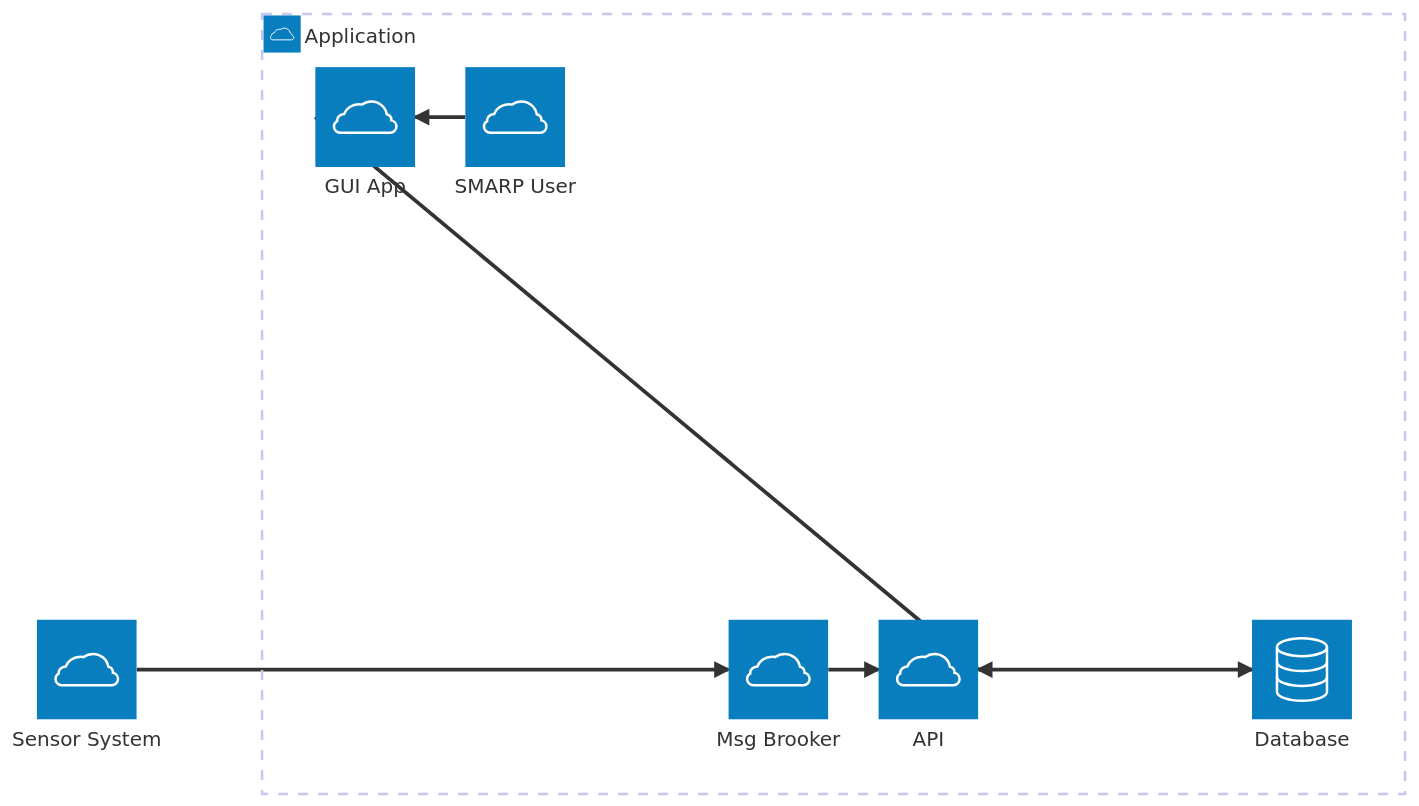
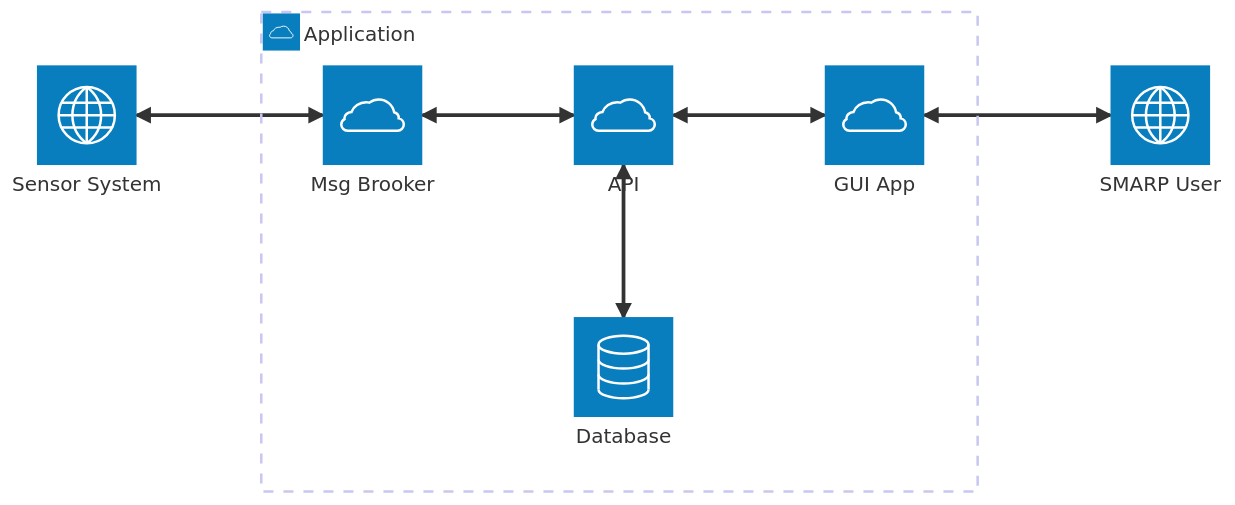
Before and after one commit to teko-smart-parking/smart-parking: the diagram in docs/charts/C4_Level_2_Containers.md, drawn with Mermaid.

````diff
--- a/docs/charts/C4_Level_2_Containers.md
+++ b/docs/charts/C4_Level_2_Containers.md
@@ -4,21 +4,21 @@
 ```mermaid
 architecture-beta
     group application(cloud)[Application]
 
     service db(database)[Database] in application
     service api(cloud)[API] in application
     service gui_app(cloud)[GUI App] in application
     service msg_brooker(cloud)[Msg Brooker] in application
 
-    service smarp_user(cloud)[SMARP User]
+    service smarp_user(internet)[SMARP User]
 
-    service sensor_system(cloud)[Sensor System]
+    service sensor_system(internet)[Sensor System]
 
-    smarp_user:L --> R:gui_app
-    msg_brooker:L <-- R:sensor_system
-    api:L <-- R:msg_brooker
-    gui_app:L --> R:api
+    smarp_user:L >--> R:gui_app
+    msg_brooker:L <--> R:sensor_system
+    api:L <--> R:msg_brooker
+    gui_app:L >--> R:api
 
-    db:L <-- R:api
+    db:T <--> B:api
 
 ```
````
